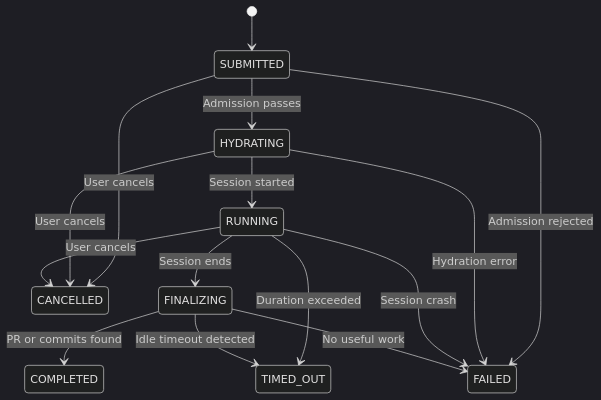
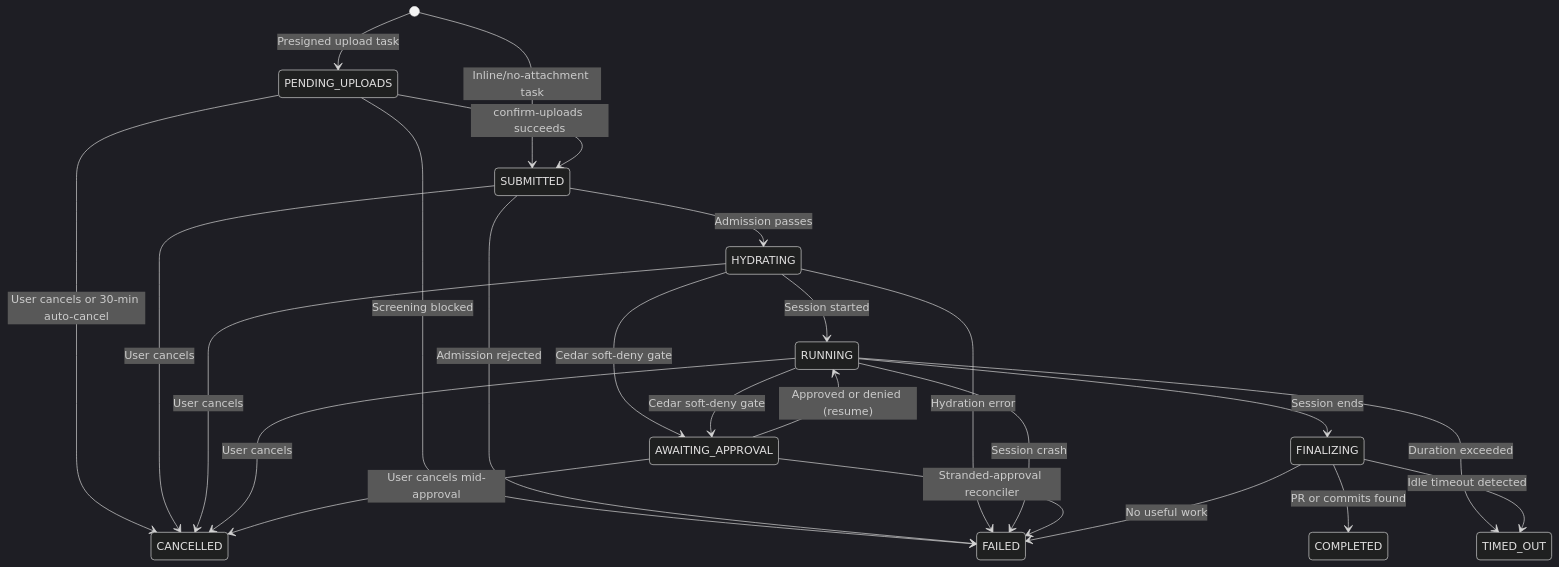
Before and after one commit to aws-samples/sample-autonomous-cloud-coding-agents: the first of 3 diagrams in docs/design/ORCHESTRATOR.md, drawn with Mermaid (dark theme). The commit also changed other lines of this file and 62 other files, not shown here.

````diff
--- a/docs/design/ORCHESTRATOR.md
+++ b/docs/design/ORCHESTRATOR.md
@@ -66,20 +68,31 @@
 ```mermaid
 stateDiagram-v2
-    [*] --> SUBMITTED
+    [*] --> PENDING_UPLOADS : Presigned upload task
+    [*] --> SUBMITTED : Inline/no-attachment task
+    PENDING_UPLOADS --> SUBMITTED : confirm-uploads succeeds
+    PENDING_UPLOADS --> FAILED : Screening blocked
+    PENDING_UPLOADS --> CANCELLED : User cancels or 30-min auto-cancel
+
     SUBMITTED --> HYDRATING : Admission passes
     SUBMITTED --> FAILED : Admission rejected
     SUBMITTED --> CANCELLED : User cancels
 
     HYDRATING --> RUNNING : Session started
+    HYDRATING --> AWAITING_APPROVAL : Cedar soft-deny gate
     HYDRATING --> FAILED : Hydration error
     HYDRATING --> CANCELLED : User cancels
 
+    RUNNING --> AWAITING_APPROVAL : Cedar soft-deny gate
     RUNNING --> FINALIZING : Session ends
     RUNNING --> CANCELLED : User cancels
     RUNNING --> TIMED_OUT : Duration exceeded
     RUNNING --> FAILED : Session crash
 
+    AWAITING_APPROVAL --> RUNNING : Approved or denied (resume)
+    AWAITING_APPROVAL --> CANCELLED : User cancels mid-approval
+    AWAITING_APPROVAL --> FAILED : Stranded-approval reconciler
+
     FINALIZING --> COMPLETED : PR or commits found
     FINALIZING --> FAILED : No useful work
     FINALIZING --> TIMED_OUT : Idle timeout detected
 ```
````
